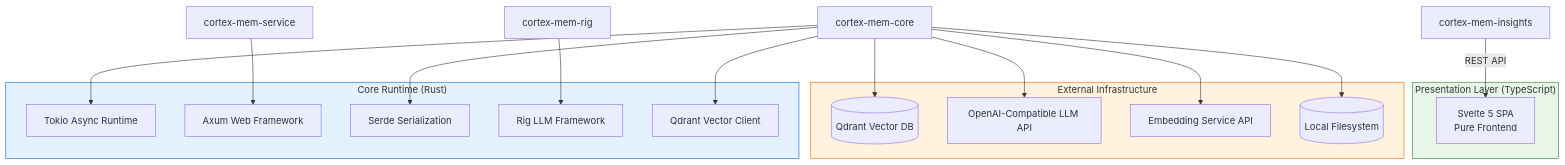
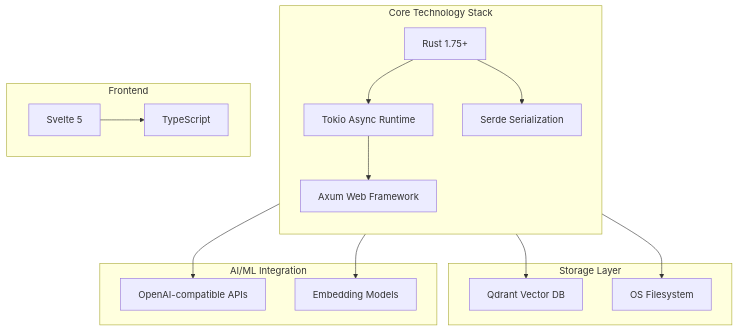
The first of 14 diagrams in litho.docs/en/2.Architecture.md (sopaco/cortex-mem), drawn with Mermaid before and after one commit. The commit also changed other lines of this file and 45 other files, not shown here.

````diff
--- a/litho.docs/en/2.Architecture.md
+++ b/litho.docs/en/2.Architecture.md
@@ -38,38 +35,34 @@
 ```mermaid
-flowchart TB
-    subgraph CoreRuntime["Core Runtime (Rust)"]
-        Tokio[Tokio Async Runtime]
-        Axum[Axum Web Framework]
-        Serde[Serde Serialization]
-        Rig[Rig LLM Framework]
-        QdrantClient[Qdrant Vector Client]
+graph TB
+    subgraph CoreStack["Core Technology Stack"]
+        direction TB
+        RUST[Rust 1.75+]
+        TOKIO[Tokio Async Runtime]
+        AXUM[Axum Web Framework]
+        SERDE[Serde Serialization]
     end
     
-    subgraph Presentation["Presentation Layer (TypeScript)"]
-        Svelte[Svelte 5 SPA<br/>Pure Frontend]
+    subgraph Storage["Storage Layer"]
+        QDRANT[Qdrant Vector DB]
+        FS[OS Filesystem]
     end
     
-    subgraph External["External Infrastructure"]
-        Qdrant[(Qdrant Vector DB)]
-        LLM[OpenAI-Compatible LLM API]
-        Embedding[Embedding Service API]
-        FS[(Local Filesystem)]
+    subgraph AI["AI/ML Integration"]
+        LLM[OpenAI-compatible APIs]
+        EMB[Embedding Models]
     end
     
-    cortex-mem-core --> Tokio
-    cortex-mem-service --> Axum
-    cortex-mem-core --> Serde
-    cortex-mem-rig --> Rig
-    cortex-mem-core --> QdrantClient
+    subgraph Frontend["Frontend"]
+        SVELTE[Svelte 5]
+        TYPESCRIPT[TypeScript]
+    end
     
-    cortex-mem-insights -->|REST API| Svelte
-    
-    cortex-mem-core --> Qdrant
-    cortex-mem-core --> LLM
-    cortex-mem-core --> Embedding
-    cortex-mem-core --> FS
-    
-    style CoreRuntime fill:#e3f2fd,stroke:#1565c0
-    style Presentation fill:#e8f5e9,stroke:#2e7d32
-    style External fill:#fff3e0,stroke:#ef6c00
+    RUST --> TOKIO
+    TOKIO --> AXUM
+    RUST --> SERDE
+    RUST --> QDRANT
+    RUST --> FS
+    RUST --> LLM
+    RUST --> EMB
+    SVELTE --> TYPESCRIPT
 ```
````
